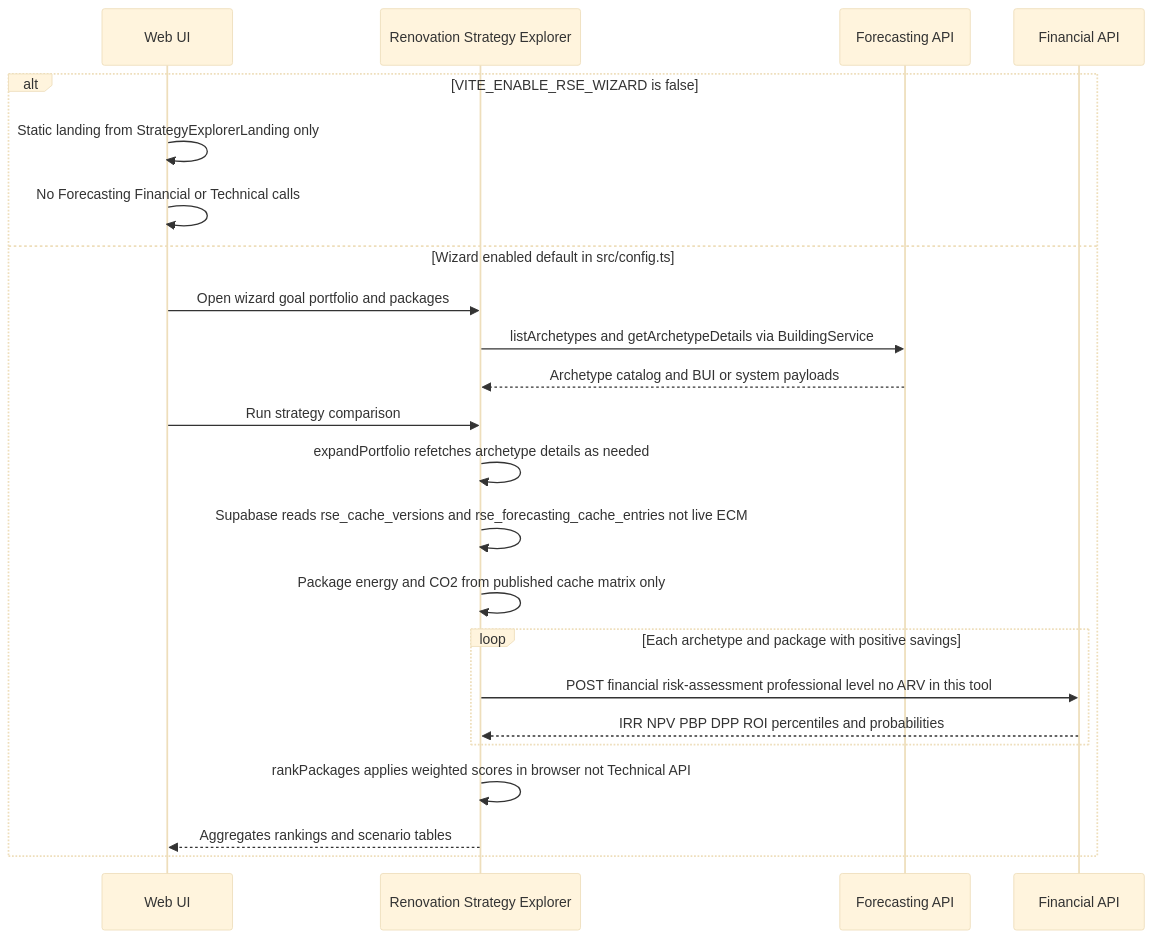
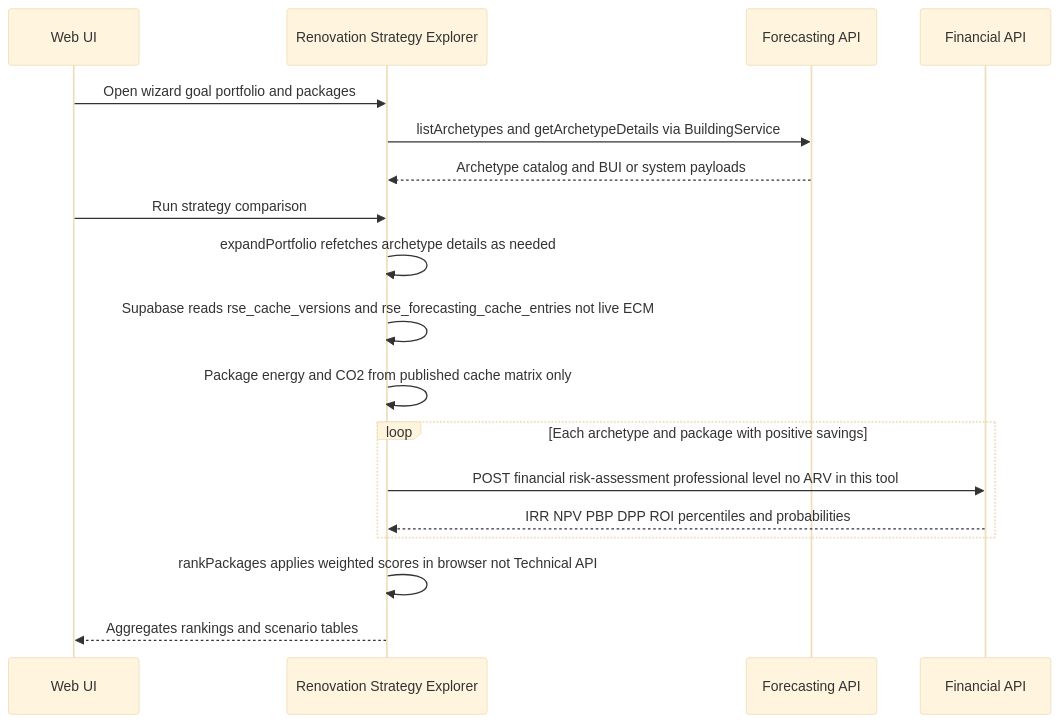
Before and after one commit to ReLIFE-Project-EU/relife-web-ui: the fifth of 6 diagrams in README.md, drawn with Mermaid (base theme). The commit also changed other lines of this file and 5 other files, not shown here.

Commit message:
✨ Split Strategy Explorer into landing and tool routes

````diff
--- a/README.md
+++ b/README.md
@@ -208,26 +208,21 @@
 ```mermaid
 sequenceDiagram
     participant UI as Web UI
     participant RSE as Renovation Strategy Explorer
     participant FCAST as Forecasting API
     participant FIN as Financial API
 
-    alt VITE_ENABLE_RSE_WIZARD is false
-        UI->>UI: Static landing from StrategyExplorerLanding only
-        UI->>UI: No Forecasting Financial or Technical calls
-    else Wizard enabled default in src/config.ts
-        UI->>RSE: Open wizard goal portfolio and packages
-        RSE->>FCAST: listArchetypes and getArchetypeDetails via BuildingService
-        FCAST-->>RSE: Archetype catalog and BUI or system payloads
-        UI->>RSE: Run strategy comparison
-        RSE->>RSE: expandPortfolio refetches archetype details as needed
-        RSE->>RSE: Supabase reads rse_cache_versions and rse_forecasting_cache_entries not live ECM
-        RSE->>RSE: Package energy and CO2 from published cache matrix only
-        loop Each archetype and package with positive savings
-            RSE->>FIN: POST financial risk-assessment professional level no ARV in this tool
-            FIN-->>RSE: IRR NPV PBP DPP ROI percentiles and probabilities
-        end
-        RSE->>RSE: rankPackages applies weighted scores in browser not Technical API
-        RSE-->>UI: Aggregates rankings and scenario tables
+    UI->>RSE: Open wizard goal portfolio and packages
+    RSE->>FCAST: listArchetypes and getArchetypeDetails via BuildingService
+    FCAST-->>RSE: Archetype catalog and BUI or system payloads
+    UI->>RSE: Run strategy comparison
+    RSE->>RSE: expandPortfolio refetches archetype details as needed
+    RSE->>RSE: Supabase reads rse_cache_versions and rse_forecasting_cache_entries not live ECM
+    RSE->>RSE: Package energy and CO2 from published cache matrix only
+    loop Each archetype and package with positive savings
+        RSE->>FIN: POST financial risk-assessment professional level no ARV in this tool
+        FIN-->>RSE: IRR NPV PBP DPP ROI percentiles and probabilities
     end
+    RSE->>RSE: rankPackages applies weighted scores in browser not Technical API
+    RSE-->>UI: Aggregates rankings and scenario tables
 ```
````
